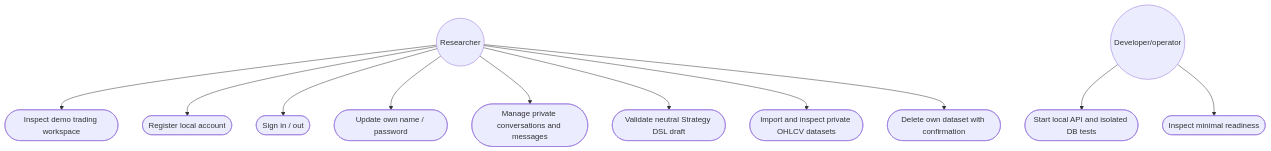
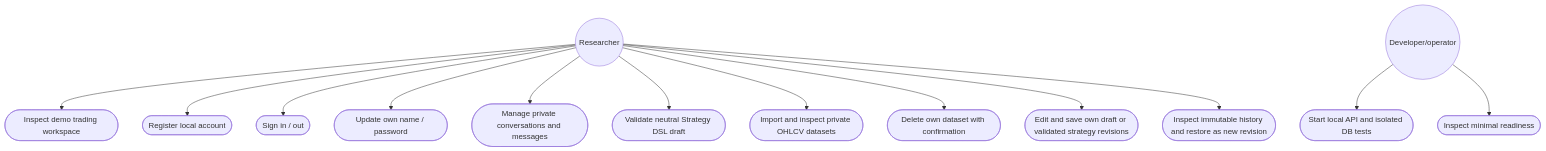
Before and after one commit to tranbaohoang10/AITrading: the second of 2 diagrams in docs/architecture.md, drawn with Mermaid. The commit also changed other lines of this file and 40 other files, not shown here.

````diff
--- a/docs/architecture.md
+++ b/docs/architecture.md
@@ -32,13 +32,15 @@
 ```mermaid
 flowchart TB
   Researcher((Researcher)) --> Shell([Inspect demo trading workspace])
   Researcher --> Register([Register local account])
   Researcher --> Login([Sign in / out])
   Researcher --> Account([Update own name / password])
   Researcher --> Chat([Manage private conversations and messages])
   Researcher --> DSL([Validate neutral Strategy DSL draft])
   Researcher --> Market([Import and inspect private OHLCV datasets])
   Researcher --> DeleteMarket([Delete own dataset with confirmation])
+  Researcher --> Strategy([Edit and save own draft or validated strategy revisions])
+  Researcher --> History([Inspect immutable history and restore as new revision])
   Operator((Developer/operator)) --> Start([Start local API and isolated DB tests])
   Operator --> Ready([Inspect minimal readiness])
 ```
````
